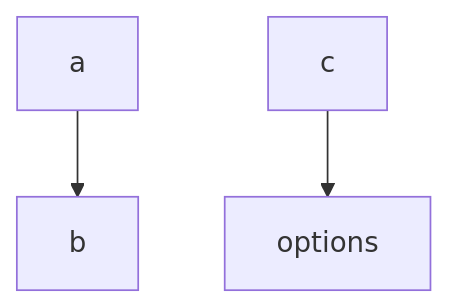
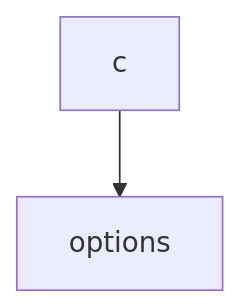
The second of 3 diagrams in .swm/mermaid-test-2.ku9o3efx.sw.md (swimmio/csharp-shaul-test), drawn with Mermaid before and after one commit.

Commit message:
docs(swimm): update doc: mermaid test 2

````diff
--- a/.swm/mermaid-test-2.ku9o3efx.sw.md
+++ b/.swm/mermaid-test-2.ku9o3efx.sw.md
@@ -31,10 +31,8 @@
 ```mermaid
 graph TD
-a --> b
 c --> options
 
 %% Swimm:
 %% graph TD
-%% a --> b
 %% c --> <SwmToken path="/MyContext.cs" pos="8:10:10" line-data="        public MyContext(DbContextOptions&lt;MyContext&gt; options) : base(options) {}">`options`</SwmToken>
 ```
````
